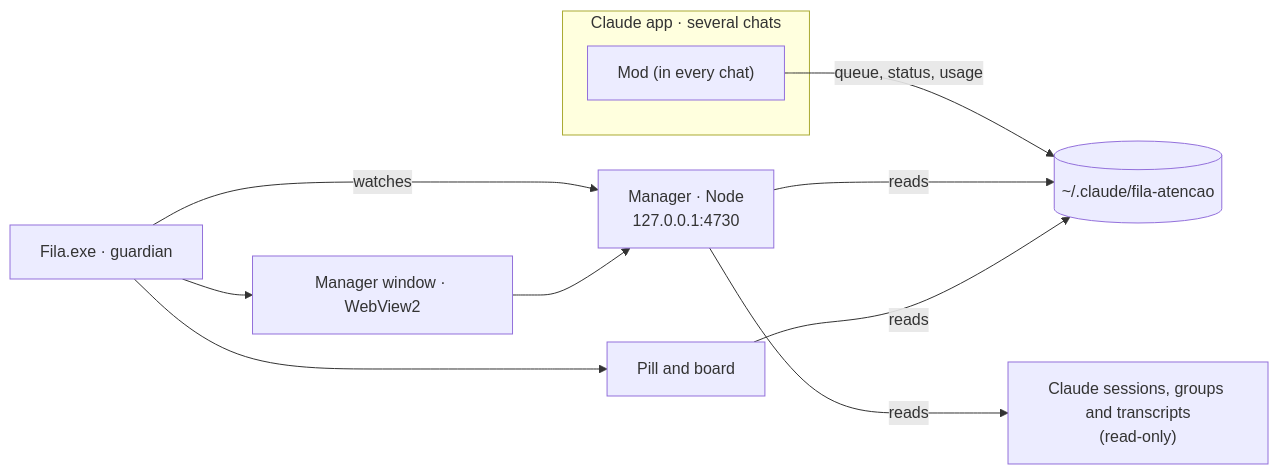
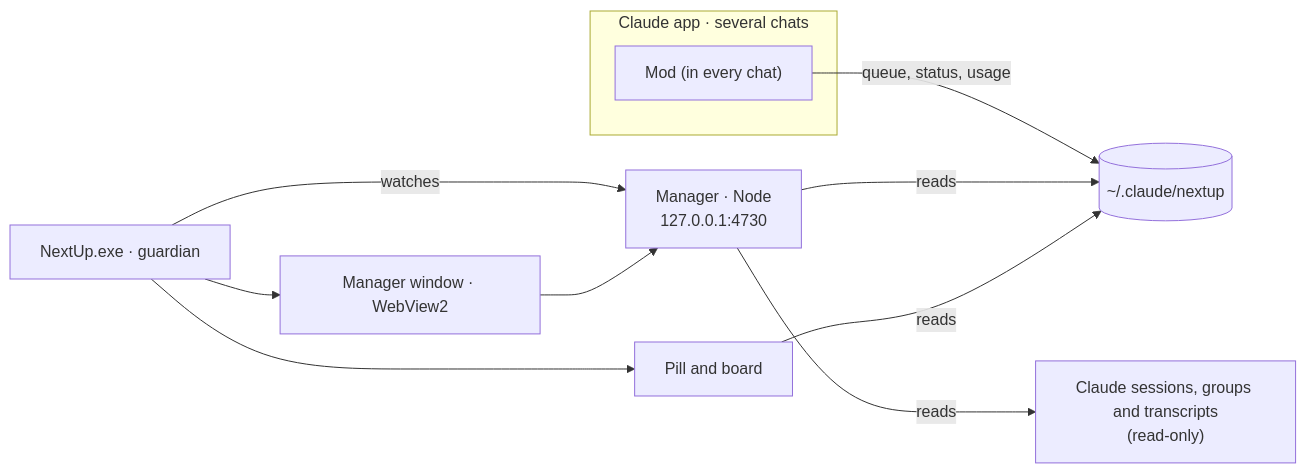
Before and after one commit to antoniosousa14/fila: the diagram in README.md, drawn with Mermaid. The commit also changed other lines of this file and 50 other files, not shown here.

First line of the commit message:
feat: Fila is now NextUp (version 1.1.0)

````diff
--- a/README.md
+++ b/README.md
@@ -121,19 +121,19 @@
 ```mermaid
 flowchart LR
   subgraph claude["Claude app · several chats"]
     mod["Mod (in every chat)"]
   end
-  dados[("~/.claude/fila-atencao")]
+  dados[("~/.claude/nextup")]
   fonte["Claude sessions, groups and transcripts\n(read-only)"]
   gestor["Manager · Node\n127.0.0.1:4730"]
-  app["Fila.exe · guardian"]
+  app["NextUp.exe · guardian"]
 
   mod -- "queue, status, usage" --> dados
   gestor -- reads --> dados
   gestor -- reads --> fonte
   app -- watches --> gestor
   app --> pilula["Pill and board"]
   app --> janela["Manager window · WebView2"]
   pilula -- reads --> dados
   janela --> gestor
 ```
````
